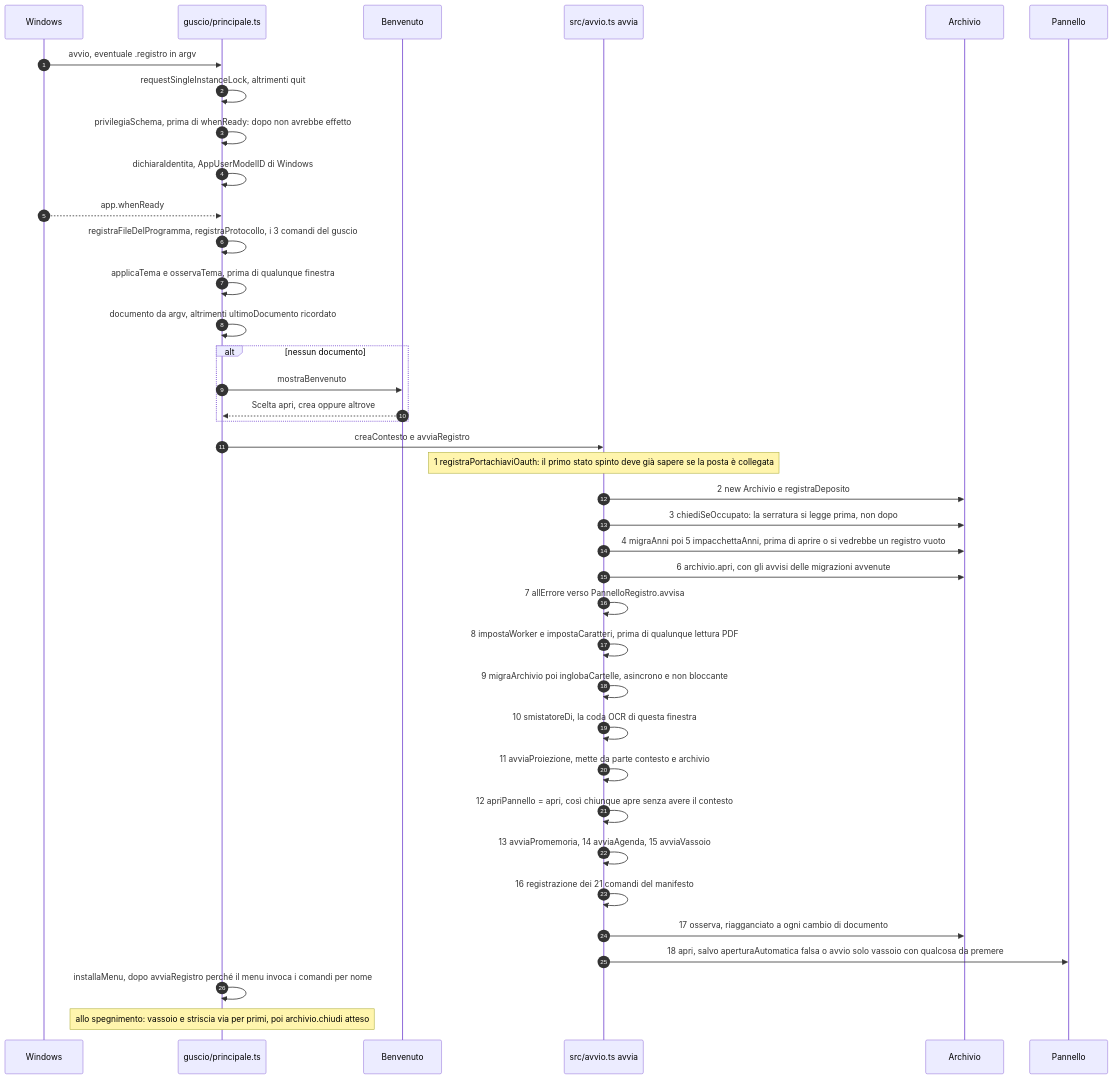
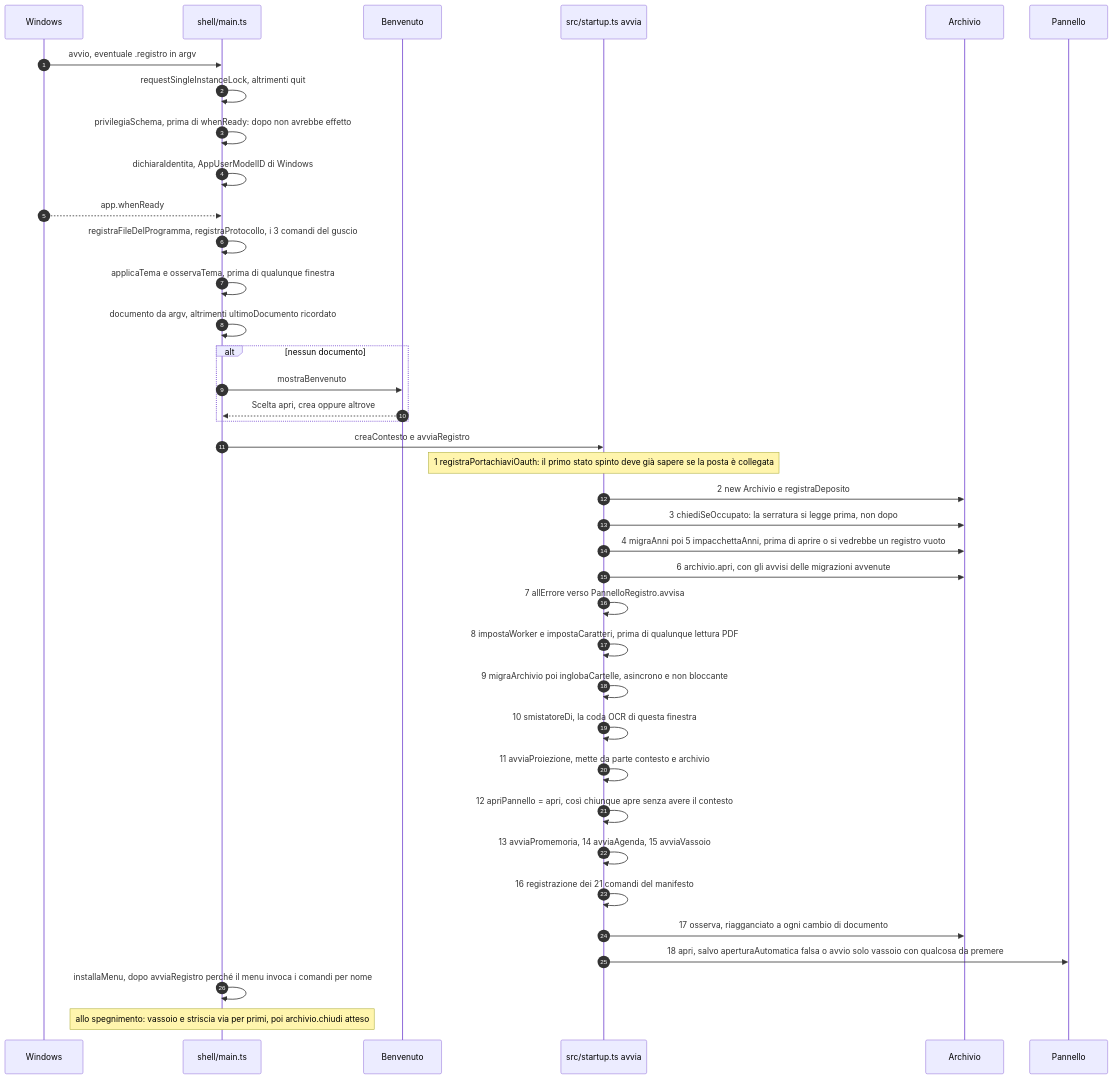
The fourth of 8 diagrams in docs/ARCHITETTURA.md (nabre/Registro), drawn with Mermaid before and after one commit. The commit also changed other lines of this file and 136 other files, not shown here.

````diff
--- a/docs/ARCHITETTURA.md
+++ b/docs/ARCHITETTURA.md
@@ -476,43 +477,43 @@
 ```mermaid
 sequenceDiagram
   autonumber
   participant OS as Windows
-  participant P as guscio/principale.ts
+  participant P as shell/main.ts
   participant B as Benvenuto
-  participant A as src/avvio.ts avvia
+  participant A as src/startup.ts avvia
   participant AR as Archivio
   participant PN as Pannello
 
   OS->>P: avvio, eventuale .registro in argv
   P->>P: requestSingleInstanceLock, altrimenti quit
   P->>P: privilegiaSchema, prima di whenReady: dopo non avrebbe effetto
   P->>P: dichiaraIdentita, AppUserModelID di Windows
   OS-->>P: app.whenReady
   P->>P: registraFileDelProgramma, registraProtocollo, i 3 comandi del guscio
   P->>P: applicaTema e osservaTema, prima di qualunque finestra
   P->>P: documento da argv, altrimenti ultimoDocumento ricordato
   alt nessun documento
     P->>B: mostraBenvenuto
     B-->>P: Scelta apri, crea oppure altrove
   end
   P->>A: creaContesto e avviaRegistro
 
   Note over A: 1 registraPortachiaviOauth: il primo stato spinto deve già sapere se la posta è collegata
   A->>AR: 2 new Archivio e registraDeposito
   A->>AR: 3 chiediSeOccupato: la serratura si legge prima, non dopo
   A->>AR: 4 migraAnni poi 5 impacchettaAnni, prima di aprire o si vedrebbe un registro vuoto
   A->>AR: 6 archivio.apri, con gli avvisi delle migrazioni avvenute
   A->>A: 7 allErrore verso PannelloRegistro.avvisa
   A->>A: 8 impostaWorker e impostaCaratteri, prima di qualunque lettura PDF
   A->>A: 9 migraArchivio poi inglobaCartelle, asincrono e non bloccante
   A->>A: 10 smistatoreDi, la coda OCR di questa finestra
   A->>A: 11 avviaProiezione, mette da parte contesto e archivio
   A->>A: 12 apriPannello = apri, così chiunque apre senza avere il contesto
   A->>A: 13 avviaPromemoria, 14 avviaAgenda, 15 avviaVassoio
   A->>A: 16 registrazione dei 21 comandi del manifesto
   A->>AR: 17 osserva, riagganciato a ogni cambio di documento
   A->>PN: 18 apri, salvo aperturaAutomatica falsa o avvio solo vassoio con qualcosa da premere
 
   P->>P: installaMenu, dopo avviaRegistro perché il menu invoca i comandi per nome
   Note over P: allo spegnimento: vassoio e striscia via per primi, poi archivio.chiudi atteso
 ```
````
